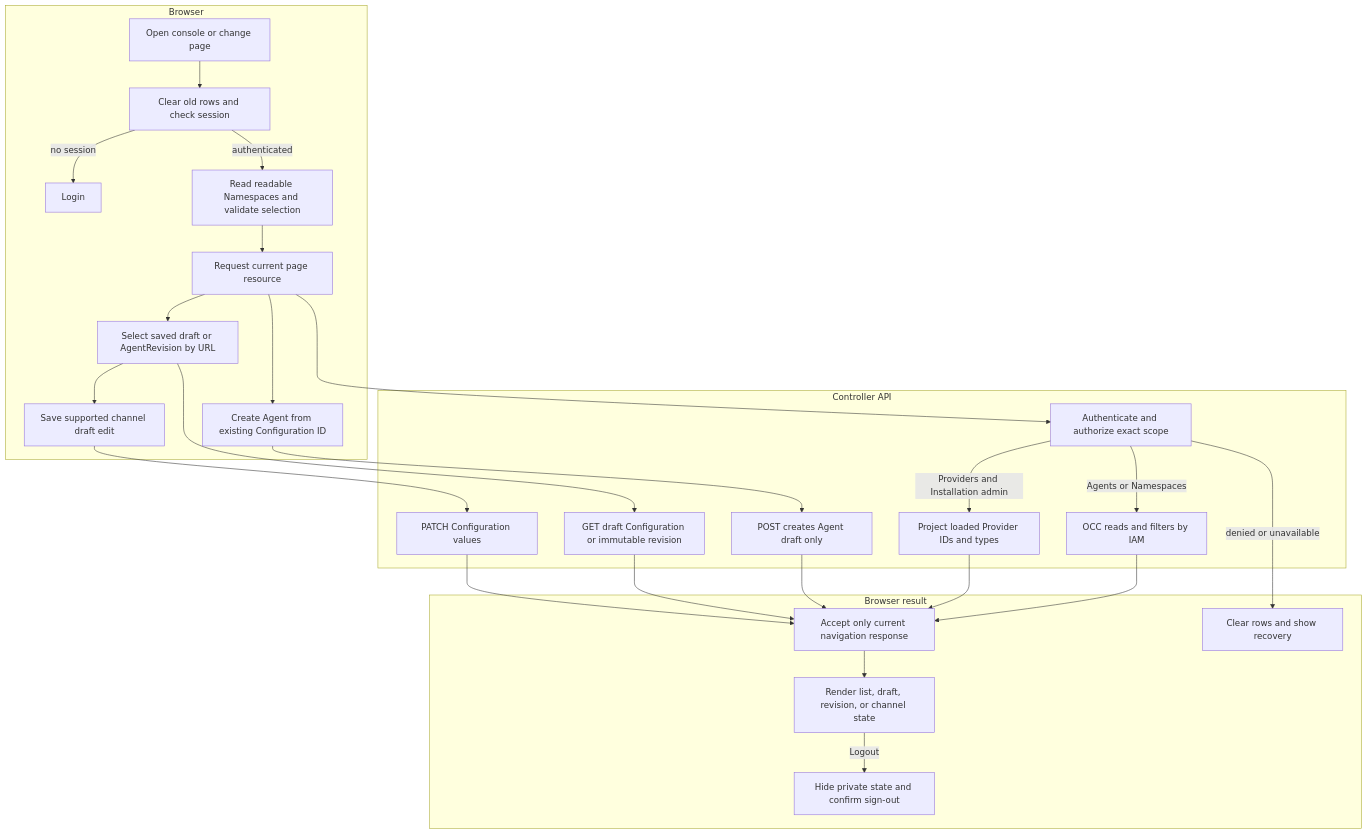
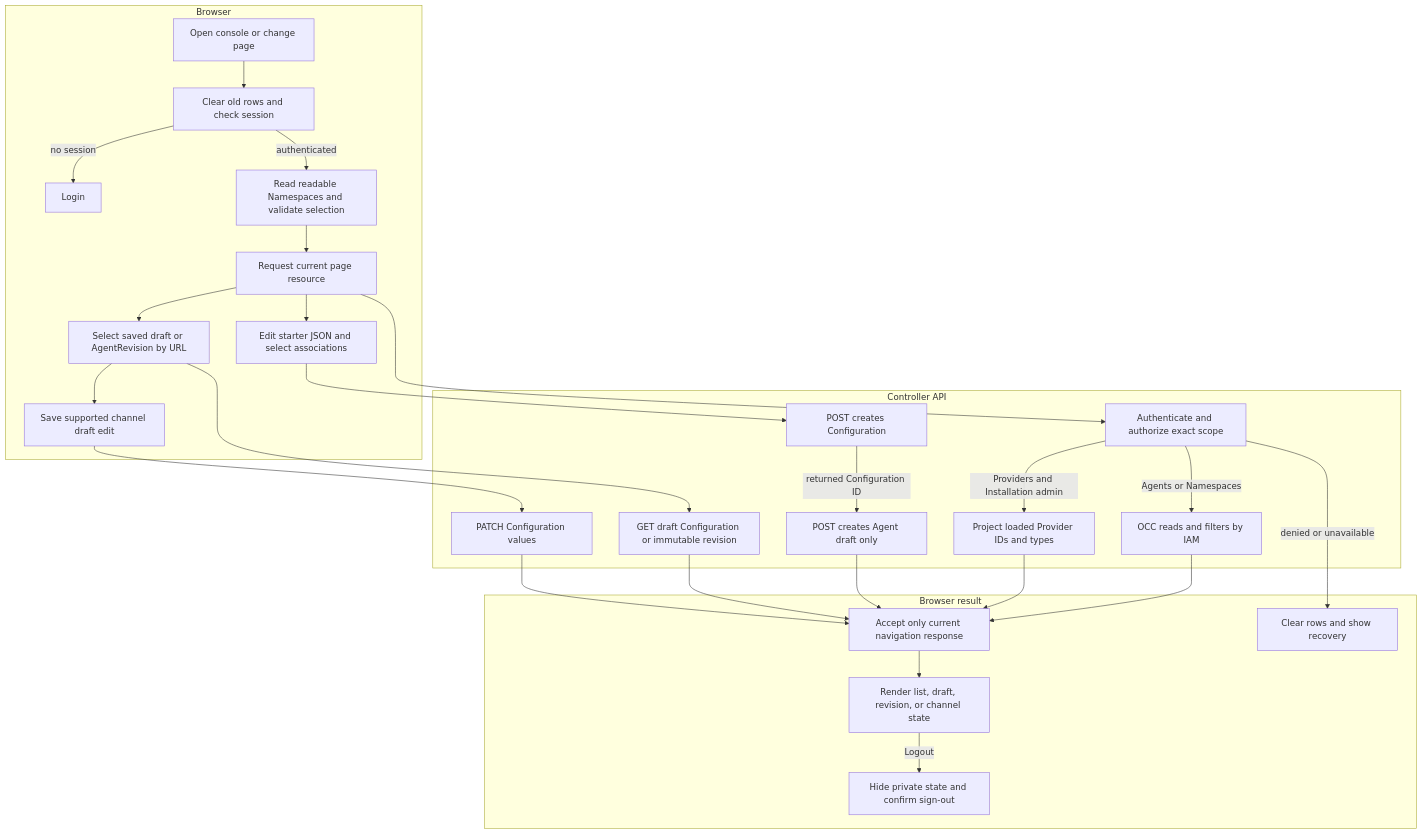
Before and after one commit to IsaiahStapleton/openclaw-enterprise: the diagram in docs/flows/platform-console.md, drawn with Mermaid. The commit also changed other lines of this file and 19 other files, not shown here.

Commit message:
feat(console): create agents from JSON templates and resource selections

````diff
--- a/docs/flows/platform-console.md
+++ b/docs/flows/platform-console.md
@@ -34,30 +34,31 @@
 ```mermaid
 graph TD
   subgraph Browser["Browser"]
     A["Open console or change page"] --> B["Clear old rows and check session"]
     B -->|no session| C["Login"]
     B -->|authenticated| D["Read readable Namespaces and validate selection"]
     D --> E["Request current page resource"]
-    E --> E1["Create Agent from existing Configuration ID"]
+    E --> E1["Edit starter JSON and select associations"]
     E --> E2["Select saved draft or AgentRevision by URL"]
     E2 --> E3["Save supported channel draft edit"]
   end
   subgraph Controller["Controller API"]
     E --> F["Authenticate and authorize exact scope"]
     F -->|Agents or Namespaces| G["OCC reads and filters by IAM"]
     F -->|Providers and Installation admin| H["Project loaded Provider IDs and types"]
-    E1 --> M["POST creates Agent draft only"]
+    E1 --> M1["POST creates Configuration"]
+    M1 -->|returned Configuration ID| M["POST creates Agent draft only"]
     E2 --> N["GET draft Configuration or immutable revision"]
     E3 --> O["PATCH Configuration values"]
   end
   subgraph Result["Browser result"]
     G --> I["Accept only current navigation response"]
     H --> I
     M --> I
     N --> I
     O --> I
     I --> J["Render list, draft, revision, or channel state"]
     F -->|denied or unavailable| K["Clear rows and show recovery"]
     J -->|Logout| L["Hide private state and confirm sign-out"]
   end
 ```
````
